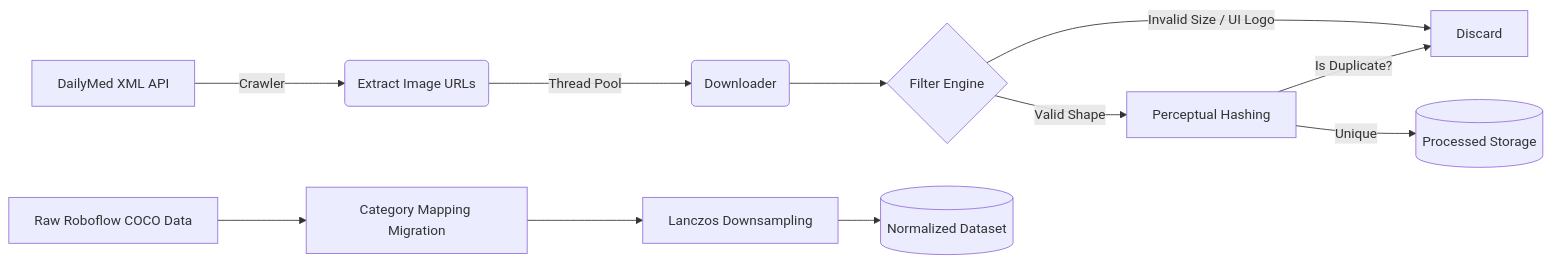
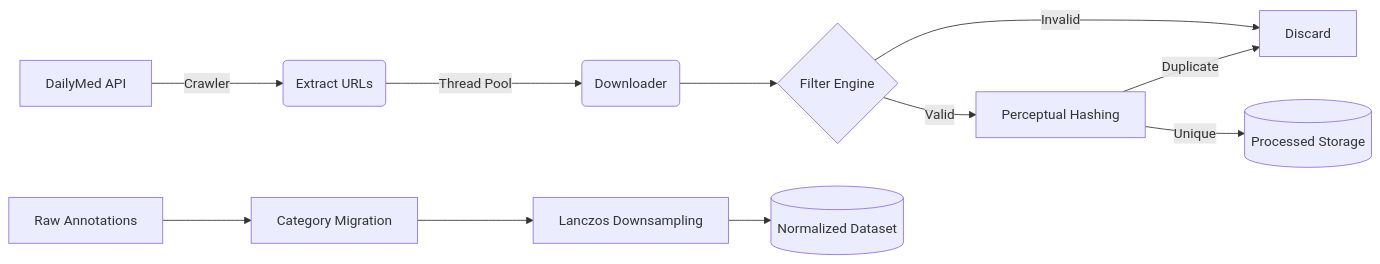
Before and after one commit to Meetjo656/Silvertouch_Internship: the fourth of 5 diagrams in README.md, drawn with Mermaid. The commit also changed other lines of this file and 1 other file, not shown here.

````diff
--- a/README.md
+++ b/README.md
@@ -835,14 +150,14 @@
 ```mermaid
 graph LR
-    A[DailyMed XML API] -->|Crawler| B(Extract Image URLs)
+    A[DailyMed API] -->|Crawler| B(Extract URLs)
     B -->|Thread Pool| C(Downloader)
     C --> D{Filter Engine}
-    D -->|Invalid Size / UI Logo| E[Discard]
-    D -->|Valid Shape| F[Perceptual Hashing]
-    F -->|Is Duplicate?| E
+    D -->|Invalid| E[Discard]
+    D -->|Valid| F[Perceptual Hashing]
+    F -->|Duplicate| E
     F -->|Unique| G[(Processed Storage)]
     
-    H[Raw Roboflow COCO Data] --> I[Category Mapping Migration]
+    H[Raw Annotations] --> I[Category Migration]
     I --> J[Lanczos Downsampling]
     J --> K[(Normalized Dataset)]
 ```
````
